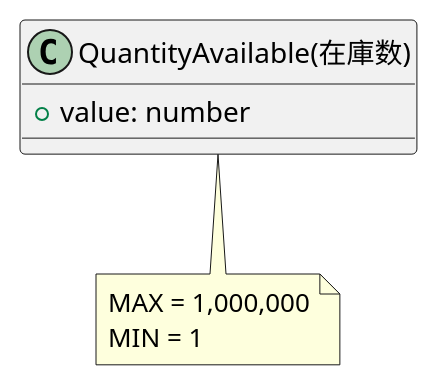
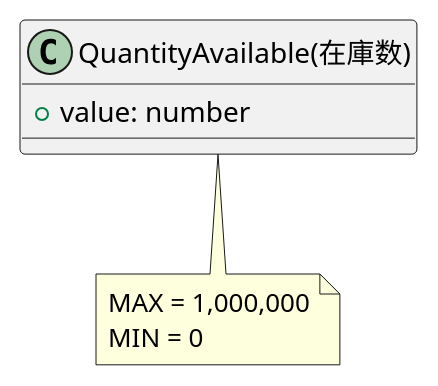
One commit to yui666a/ddd changed the diagram in StockManagement/src/Domain/models/Book/Stock/QuantityAvailable/QuantityAvailable.pu. Above: the diagram before and after it, drawn with PlantUML. The commit also changed 70 other files, not shown here.

```diff
--- a/StockManagement/src/Domain/models/Book/Stock/QuantityAvailable/QuantityAvailable.pu
+++ b/StockManagement/src/Domain/models/Book/Stock/QuantityAvailable/QuantityAvailable.pu
@@ -1,12 +1,12 @@
 @startuml QuantityAvailable
 
 class "QuantityAvailable(在庫数)" as QuantityAvailable {
     + value: number
 }
 
 note bottom of QuantityAvailable
     MAX = 1,000,000
-    MIN = 1
-end note
+    MIN = 0
+end note 
 
 @enduml
```
